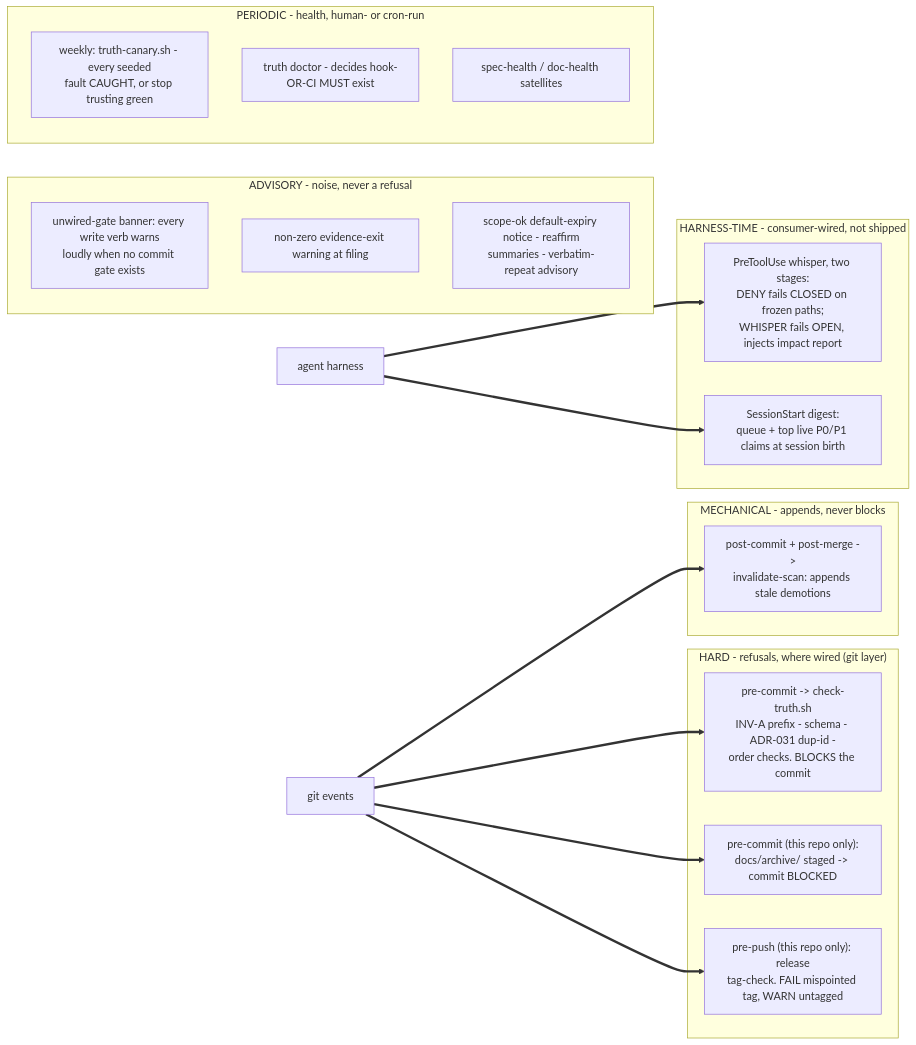
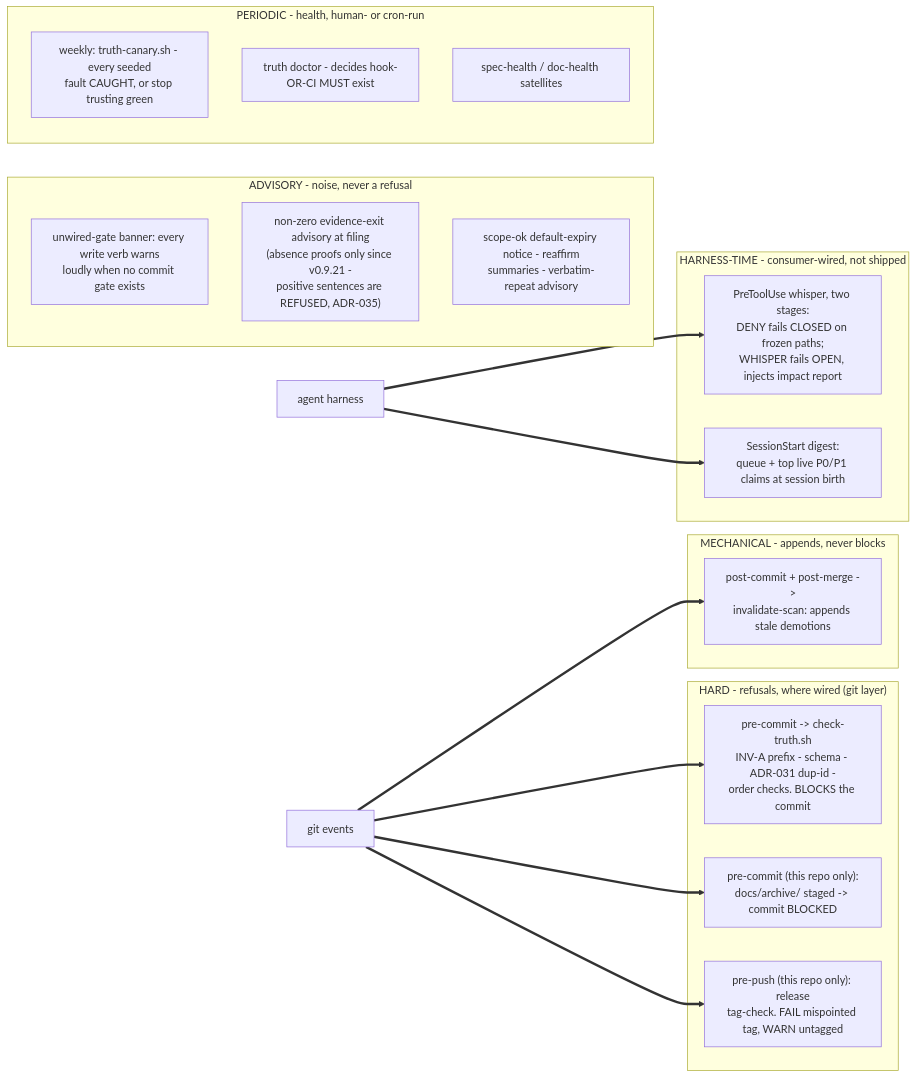
Before and after one commit to m1981/truth-ledger: the sixth of 7 diagrams in docs/truth-ledger-explained.md, drawn with Mermaid. The commit also changed other lines of this file and 11 other files, not shown here.

First line of the commit message:
v0.9.21: ADR-035 positive-claim exit gate (R1 of gates adoption)

````diff
--- a/docs/truth-ledger-explained.md
+++ b/docs/truth-ledger-explained.md
@@ -675,32 +677,32 @@
 ```mermaid
 flowchart LR
     subgraph hard["HARD - refusals, where wired (git layer)"]
         PC["pre-commit -> check-truth.sh<br/>INV-A prefix - schema - ADR-031 dup-id -<br/>order checks. BLOCKS the commit"]
         FR["pre-commit (this repo only):<br/>docs/archive/ staged -> commit BLOCKED"]
         PP["pre-push (this repo only): release<br/>tag-check. FAIL mispointed tag, WARN untagged"]
     end
 
     subgraph mech["MECHANICAL - appends, never blocks"]
         POC["post-commit + post-merge -><br/>invalidate-scan: appends stale demotions"]
     end
 
     subgraph harness["HARNESS-TIME - consumer-wired, not shipped"]
         WH["PreToolUse whisper, two stages:<br/>DENY fails CLOSED on frozen paths;<br/>WHISPER fails OPEN, injects impact report"]
         DG["SessionStart digest:<br/>queue + top live P0/P1 claims at session birth"]
     end
 
     subgraph advisory["ADVISORY - noise, never a refusal"]
         BAN["unwired-gate banner: every write verb warns<br/>loudly when no commit gate exists"]
-        EXW["non-zero evidence-exit warning at filing"]
+        EXW["non-zero evidence-exit advisory at filing<br/>(absence proofs only since v0.9.21 -<br/>positive sentences are REFUSED, ADR-035)"]
         SOK["scope-ok default-expiry notice - reaffirm<br/>summaries - verbatim-repeat advisory"]
     end
 
     subgraph periodic["PERIODIC - health, human- or cron-run"]
         CAN["weekly: truth-canary.sh - every seeded<br/>fault CAUGHT, or stop trusting green"]
         DOC["truth doctor - decides hook-OR-CI MUST exist"]
         SAT["spec-health / doc-health satellites"]
     end
 
     GIT["git events"] ==> PC & FR & PP & POC
     HARN2["agent harness"] ==> WH & DG
 ```
````
